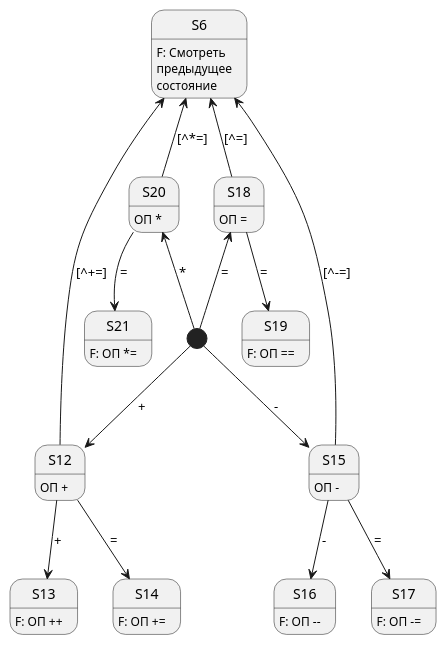
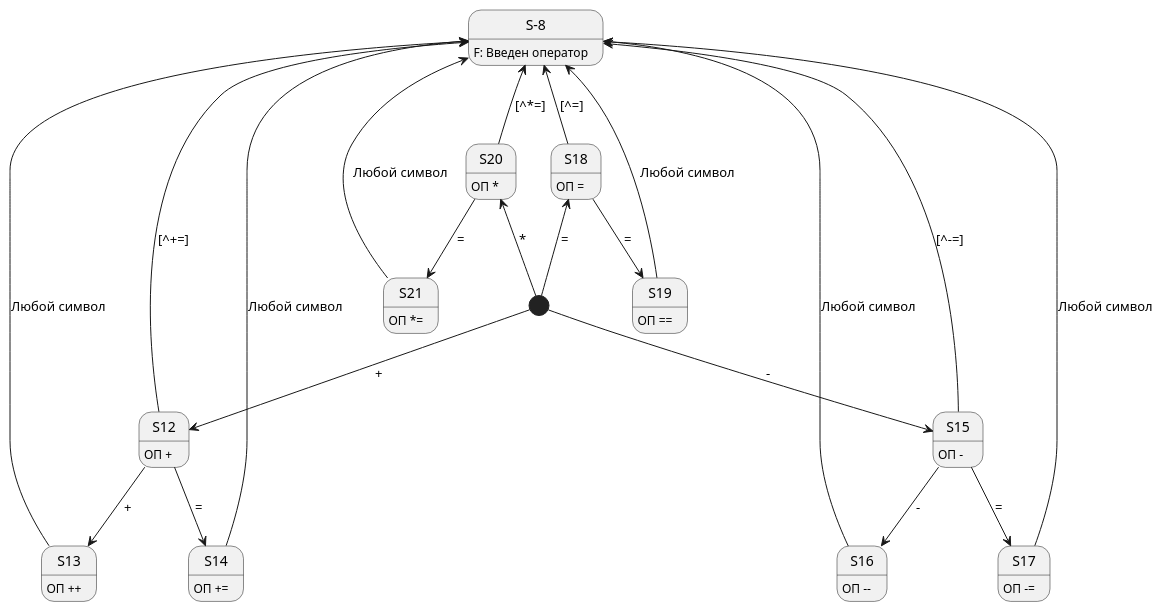
One commit to vladimirlll/CSharpLexicalAnalyzer changed the diagram in Диаграмма состояния для ЛА/sd2.puml. Above: the diagram before and after it, drawn with PlantUML. The commit also changed 12 other files, not shown here.

```diff
--- a/Диаграмма состояния для ЛА/sd2.puml
+++ b/Диаграмма состояния для ЛА/sd2.puml
@@ -1,33 +1,40 @@
 @startuml "sd2"
+
+state "S-8" as Operator
+Operator : F: Введен оператор
+S12 : ОП +
+S13 : ОП ++
+S14 : ОП +=
+S15 : ОП -
+S16 : ОП --
+S17 : ОП -=
+S18 : ОП =
+S19 : ОП ==
+S20 : ОП *
+S21 : ОП *=
 
 [*] --> S12 : +
 S12 --> S13 : +
-S13 : F: ОП ++
+S13 -up-> Operator : Любой символ
 S12 --> S14 : =
-S14 : F: ОП +=
-S12 -up-> S6 : [^+=]
-S12 : ОП +
+S14 -up-> Operator : Любой символ
+S12 -up-> Operator : [^+=]
 
 [*] --> S15 : -
 S15 --> S16 : -
-S16 : F: ОП --
+S16 -up-> Operator : Любой символ
 S15 --> S17 : =
-S17 : F: ОП -=
-S15 -up-> S6 : [^-=]
-S15 : ОП -
+S17 -up-> Operator : Любой символ
+S15 -up-> Operator : [^-=]
 
 [*] -up-> S18 : =
-S18 -up-> S6 : [^=]
+S18 -up-> Operator : [^=]
 S18 --> S19 : =
-S19 : F: ОП ==
-S18 : ОП =
+S19 -up-> Operator : Любой символ
 
 [*] -up-> S20 : *
-S20 -up-> S6 : [^*=]
+S20 -up-> Operator : [^*=]
 S20 --> S21 : =
-S21 : F: ОП *=
-S20 : ОП *
-
-S6 : F: Смотреть\nпредыдущее\nсостояние
+S21 -up-> Operator : Любой символ
 
 @enduml
```
